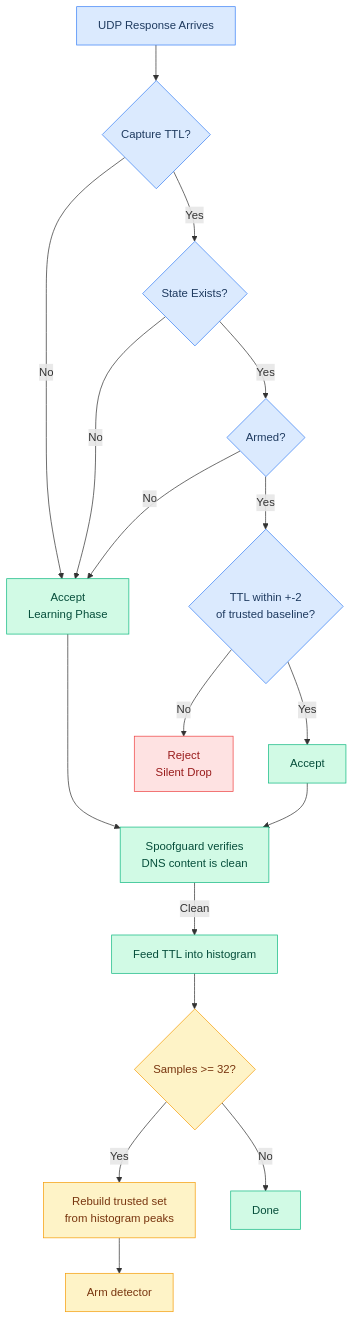
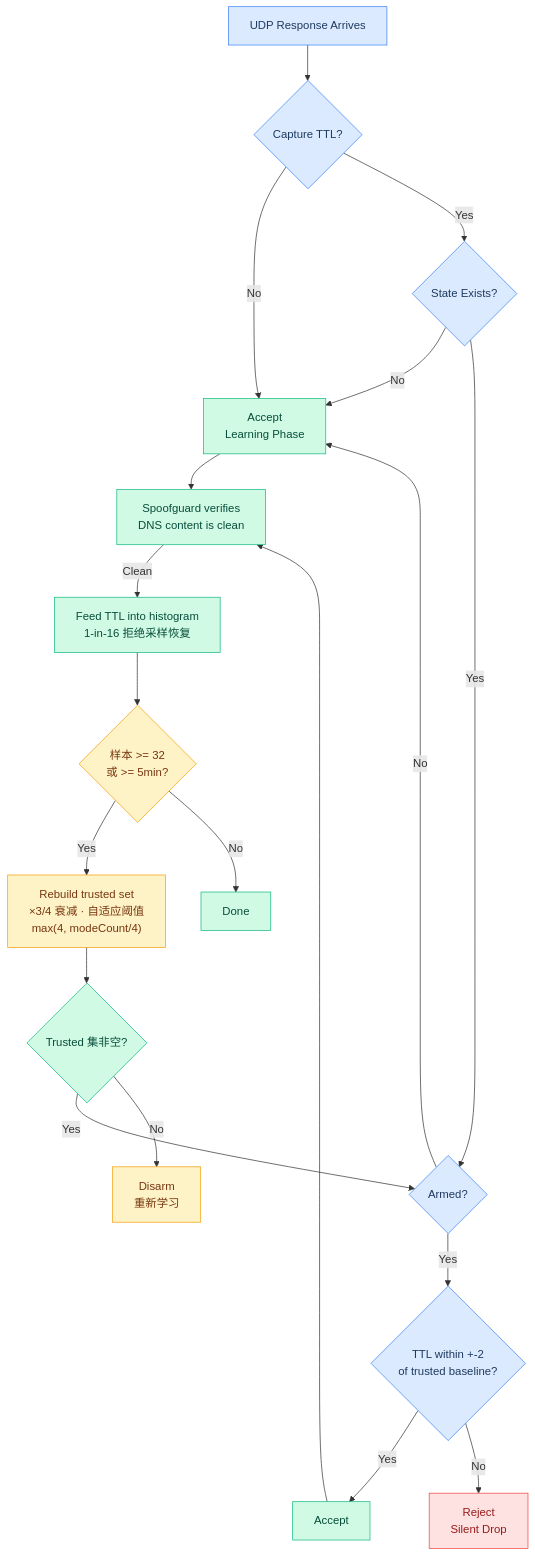
Before and after one commit to hezhijie0327/ZJDNS: diagram 14 of 30 in docs/FLOWCHARTS.md, drawn with Mermaid. The commit also changed other lines of this file and 8 other files, not shown here.

````diff
--- a/docs/FLOWCHARTS.md
+++ b/docs/FLOWCHARTS.md
@@ -268,27 +386,29 @@
 ```mermaid
 graph TD
     Q[UDP Response Arrives] --> CAP{Capture TTL?}
     CAP -->|No| PASS[Accept]
     CAP -->|Yes| VS{State Exists?}
     VS -->|No| PASS
     VS -->|Yes| ARMED{Armed?}
     ARMED -->|No| PASS[Accept<br/>Learning Phase]
     ARMED -->|Yes| CHECK{TTL within +-2<br/>of trusted baseline?}
     CHECK -->|Yes| PASS2[Accept]
     CHECK -->|No| REJECT[Reject<br/>Silent Drop]
     PASS --> SPOOF[Spoofguard verifies<br/>DNS content is clean]
     PASS2 --> SPOOF
-    SPOOF -->|Clean| FEED[Feed TTL into histogram]
-    FEED --> SAMPLES{Samples >= 32?}
-    SAMPLES -->|Yes| REBUILD[Rebuild trusted set<br/>from histogram peaks]
-    REBUILD --> ARM[Arm detector]
-    SAMPLES -->|No| DONE[Done]
+    SPOOF -->|Clean| FEED[Feed TTL into histogram<br/>1-in-16 拒绝采样恢复]
+    FEED --> TIMER{"样本 >= 32<br/>或 >= 5min?"}
+    TIMER -->|Yes| REBUILD["Rebuild trusted set<br/>×3/4 衰减 · 自适应阈值<br/>max(4, modeCount/4)"]
+    REBUILD --> ARM{Trusted 集非空?}
+    ARM -->|Yes| ARMED
+    ARM -->|No| DISARM[Disarm<br/>重新学习]
+    TIMER -->|No| DONE[Done]
     classDef ok fill:#d1fae5,stroke:#10b981,color:#064e3b
     classDef reject fill:#fee2e2,stroke:#ef4444,color:#991b1b
     classDef learn fill:#fef3c7,stroke:#f59e0b,color:#78350f
     classDef pass fill:#dbeafe,stroke:#3b82f6,color:#1e3a5f
     class PASS,PASS2,SPOOF,FEED,DONE,ARM ok
     class REJECT reject
-    class SAMPLES,REBUILD,ARM learn
+    class TIMER,REBUILD,DISARM learn
     class Q,CAP,VS,ARMED,CHECK pass
 ```
````
